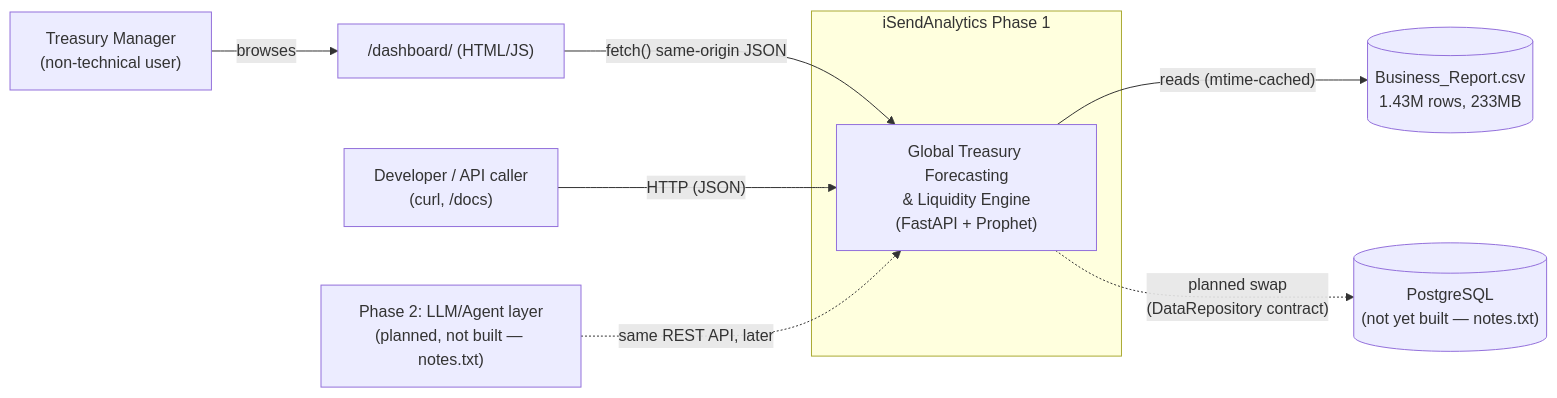
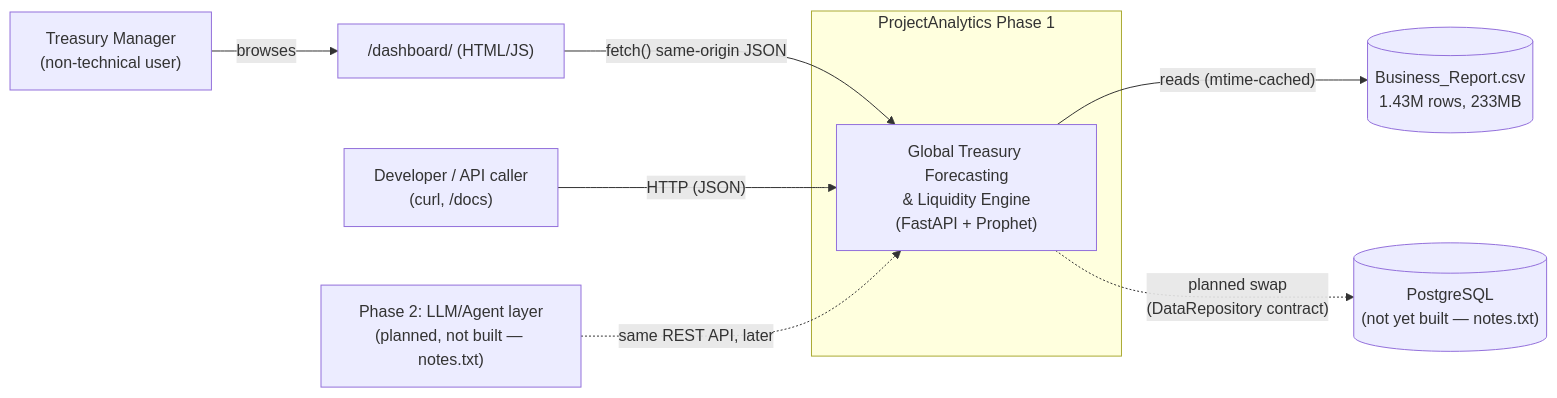
Before and after one commit to anishchapagain/PredictiveAnalytics: the first of 16 diagrams in technical.md, drawn with Mermaid. The commit also changed other lines of this file and 7 other files, not shown here.

First line of the commit message:
docs: replace ISEND/iSend branding with PROJECT/Project

````diff
--- a/technical.md
+++ b/technical.md
@@ -29,20 +29,20 @@
 ```mermaid
 flowchart LR
     TM["Treasury Manager\n(non-technical user)"]
     DEV["Developer / API caller\n(curl, /docs)"]
     AGENT["Phase 2: LLM/Agent layer\n(planned, not built — notes.txt)"]
 
-    subgraph SYS["iSendAnalytics Phase 1"]
+    subgraph SYS["ProjectAnalytics Phase 1"]
         APP["Global Treasury Forecasting\n& Liquidity Engine\n(FastAPI + Prophet)"]
     end
 
     CSV[("Business_Report.csv\n1.43M rows, 233MB")]
     PG[("PostgreSQL\n(not yet built — notes.txt)")]
 
     TM -- "browses" --> DASH["/dashboard/ (HTML/JS)"]
     DASH -- "fetch() same-origin JSON" --> APP
     DEV -- "HTTP (JSON)" --> APP
     AGENT -. "same REST API, later" .-> APP
     APP -- "reads (mtime-cached)" --> CSV
     APP -. "planned swap\n(DataRepository contract)" .-> PG
 ```
````
